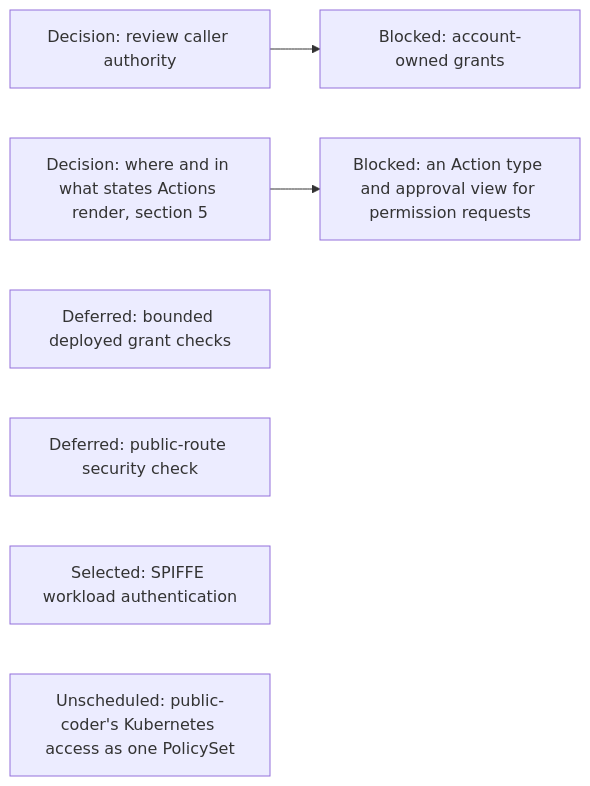
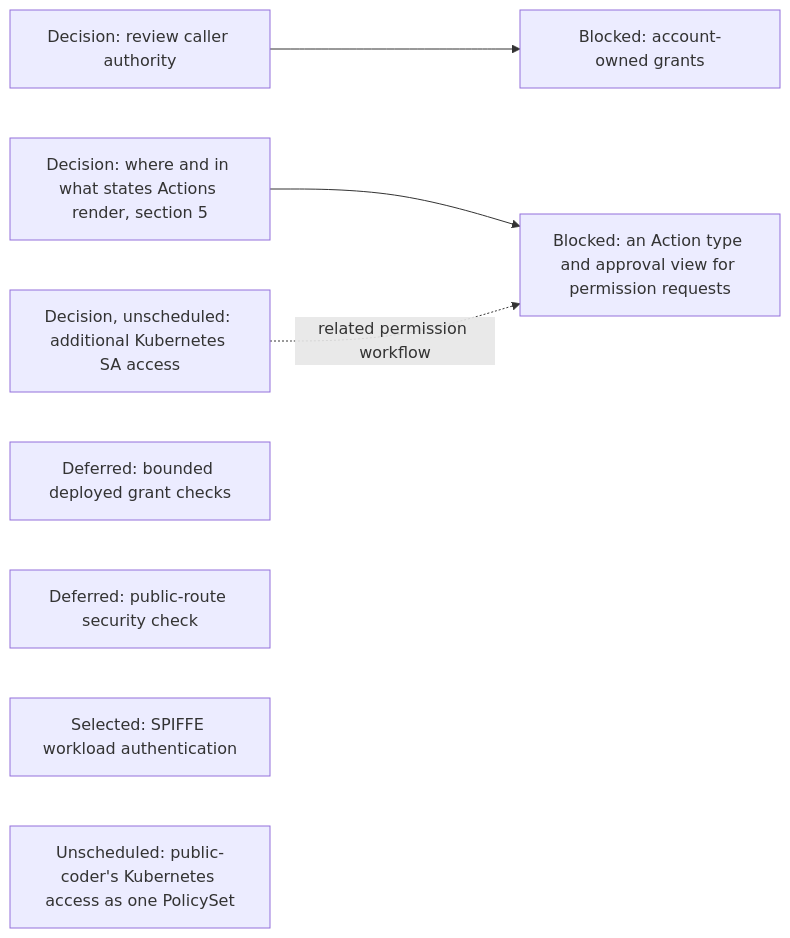
The seventh of 18 diagrams in agentplane/plans/task_dag.md (agentydragon/ducktape), drawn with Mermaid before and after one commit. The commit also changed other lines of this file and 1 other file, not shown here.

First line of the commit message:
Plan exploration of Kubernetes SA delegation (#14415)

````diff
--- a/agentplane/plans/task_dag.md
+++ b/agentplane/plans/task_dag.md
@@ -1444,11 +1444,13 @@
 ```mermaid
 flowchart LR
     CLAUDE_AI_SA[Decision: review caller authority] --> MANAGED_SA_RBAC[Blocked: account-owned grants]
     AGENT_PERMISSION_REQUESTS[Blocked: an Action type and approval view for permission requests]
     ACTION_SURFACES_DESIGN[Decision: where and in what states Actions render, section 5]
     ACTION_SURFACES_DESIGN --> AGENT_PERMISSION_REQUESTS
+    KUBERNETES_SA_DELEGATION_DESIGN[Decision, unscheduled: additional Kubernetes SA access]
+    KUBERNETES_SA_DELEGATION_DESIGN -. related permission workflow .-> AGENT_PERMISSION_REQUESTS
     SANDBOX_RBAC[Deferred: bounded deployed grant checks]
     NOTIFICATION_INGRESS_BOUNDARY[Deferred: public-route security check]
     NETWORK_WORKLOAD_IDENTITY[Selected: SPIFFE workload authentication]
     PC_KUBERNETES_POLICY_SET[Unscheduled: public-coder's Kubernetes access as one PolicySet]
 ```
````
